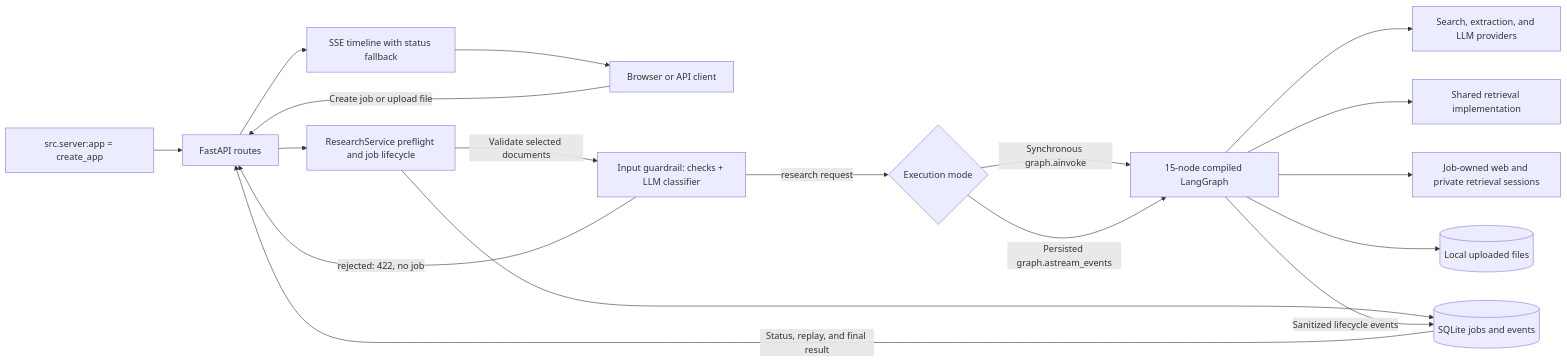
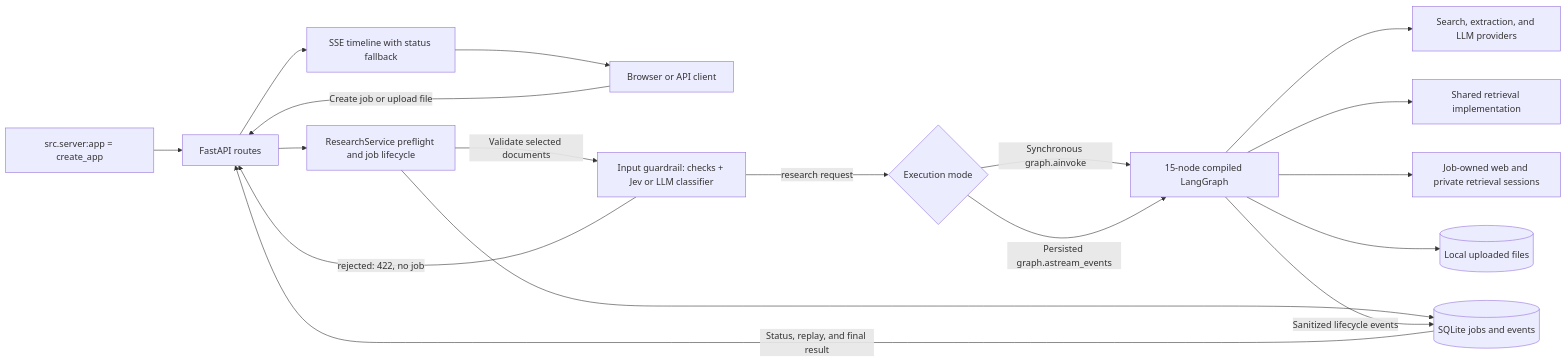
One commit to Ishwaridutt/deep-research-agent changed the first of 11 diagrams in readme.md. Above: the diagram before and after it, drawn with Mermaid. The commit also changed other lines of this file and 18 other files, not shown here.

````diff
--- a/readme.md
+++ b/readme.md
@@ -95,33 +96,33 @@
 ```mermaid
 flowchart LR
     Entry[src.server:app = create_app]
     User[Browser or API client]
     API[FastAPI routes]
     Service[ResearchService preflight and job lifecycle]
-    Guard[Input guardrail: checks + LLM classifier]
+    Guard[Input guardrail: checks + Jev or LLM classifier]
     Invoke{Execution mode}
     Graph[15-node compiled LangGraph]
     Providers[Search, extraction, and LLM providers]
     Retrieval[Shared retrieval implementation]
     JobResources[Job-owned web and private retrieval sessions]
     Store[(SQLite jobs and events)]
     Uploads[(Local uploaded files)]
     UI[SSE timeline with status fallback]
 
     Entry --> API
     User -->|Create job or upload file| API
     API --> Service
     Service -->|Validate selected documents| Guard
     Guard -->|research request| Invoke
     Guard -->|rejected: 422, no job| API
     Invoke -->|Synchronous graph.ainvoke| Graph
     Invoke -->|Persisted graph.astream_events| Graph
     Graph --> Providers
     Graph --> Retrieval
     Graph --> JobResources
     Graph --> Uploads
     Service --> Store
     Graph -->|Sanitized lifecycle events| Store
     Store -->|Status, replay, and final result| API
     API --> UI --> User
 ```
````
